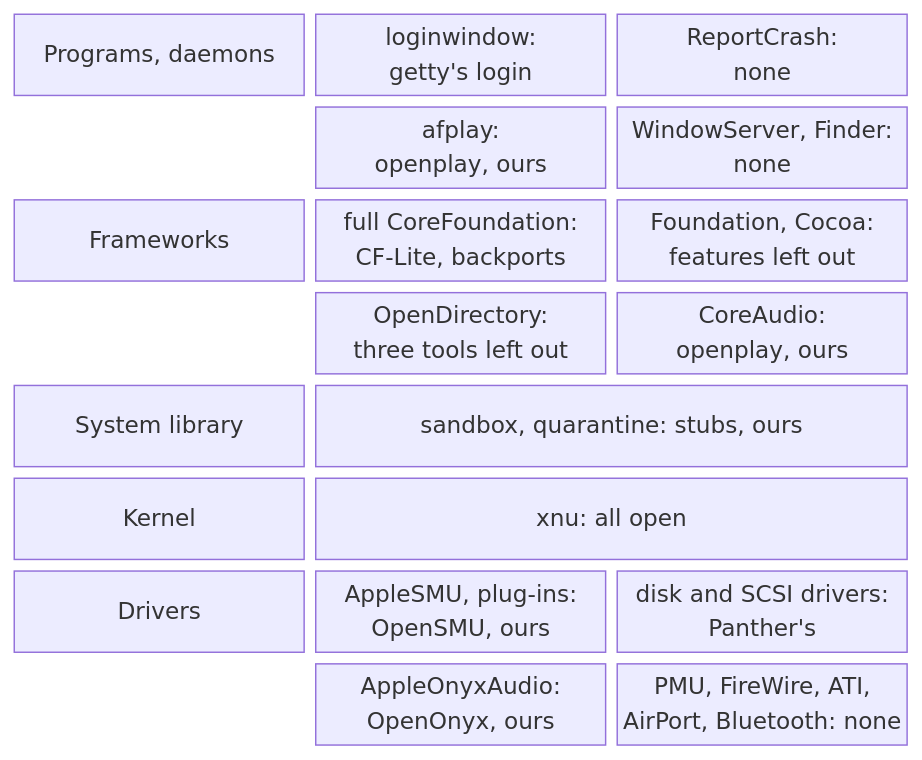
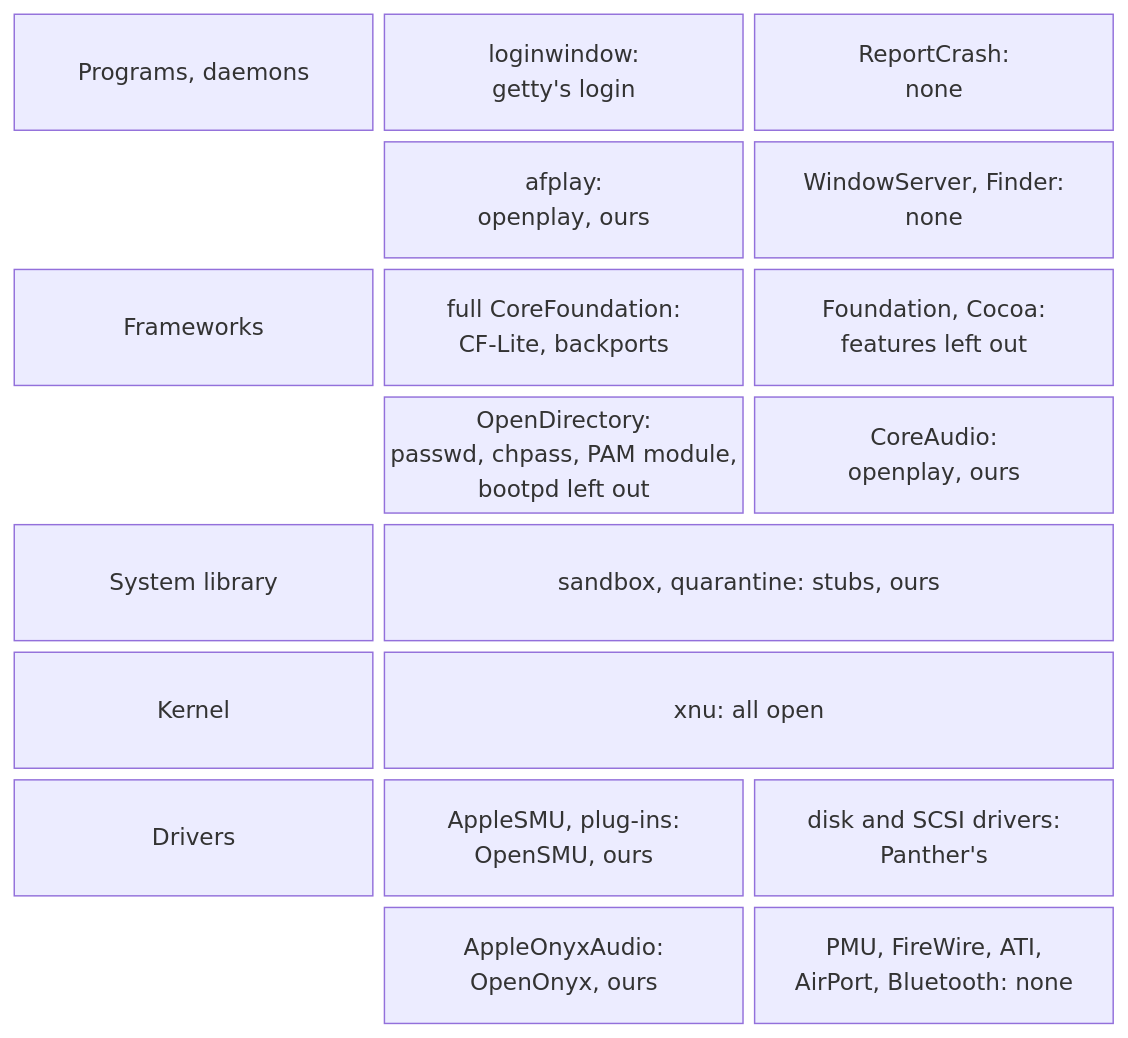
The diagram in docs/src/synthesis/what-stays-closed.md (nyg/PowerDarwin), drawn with Mermaid before and after one commit. The commit also changed other lines of this file and 18 other files, not shown here.

````diff
--- a/docs/src/synthesis/what-stays-closed.md
+++ b/docs/src/synthesis/what-stays-closed.md
@@ -25,12 +25,12 @@
 ```mermaid
 block-beta
     columns 3
     p["Programs, daemons"] p1["loginwindow:<br/>getty's login"] p2["ReportCrash:<br/>none"]
     space p3["afplay:<br/>openplay, ours"] p4["WindowServer, Finder:<br/>none"]
     f["Frameworks"] f1["full CoreFoundation:<br/>CF-Lite, backports"] f2["Foundation, Cocoa:<br/>features left out"]
-    space f3["OpenDirectory:<br/>three tools left out"] f4["CoreAudio:<br/>openplay, ours"]
+    space f3["OpenDirectory:<br/>passwd, chpass, PAM module,<br/>bootpd left out"] f4["CoreAudio:<br/>openplay, ours"]
     l["System library"] l1["sandbox, quarantine: stubs, ours"]:2
     k["Kernel"] k1["xnu: all open"]:2
     d["Drivers"] d1["AppleSMU, plug-ins:<br/>OpenSMU, ours"] d2["disk and SCSI drivers:<br/>Panther's"]
     space d3["AppleOnyxAudio:<br/>OpenOnyx, ours"] d4["PMU, FireWire, ATI,<br/>AirPort, Bluetooth: none"]
 ```
````
